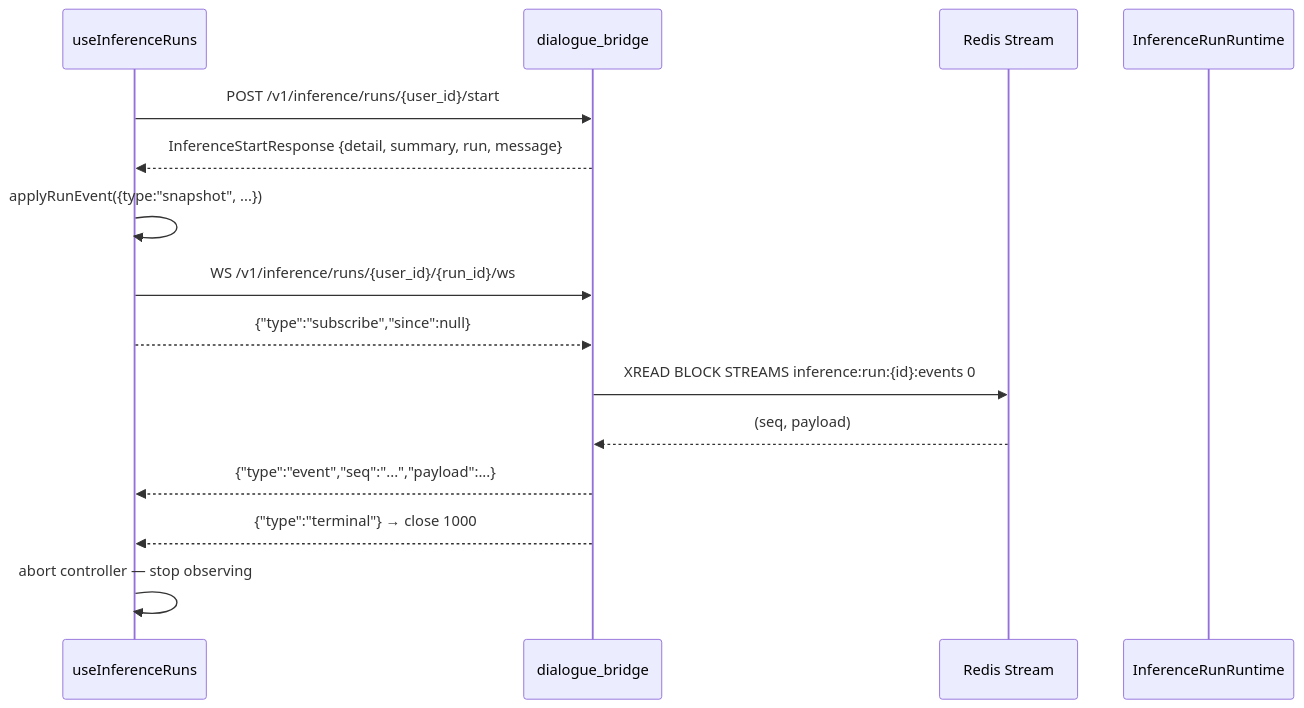
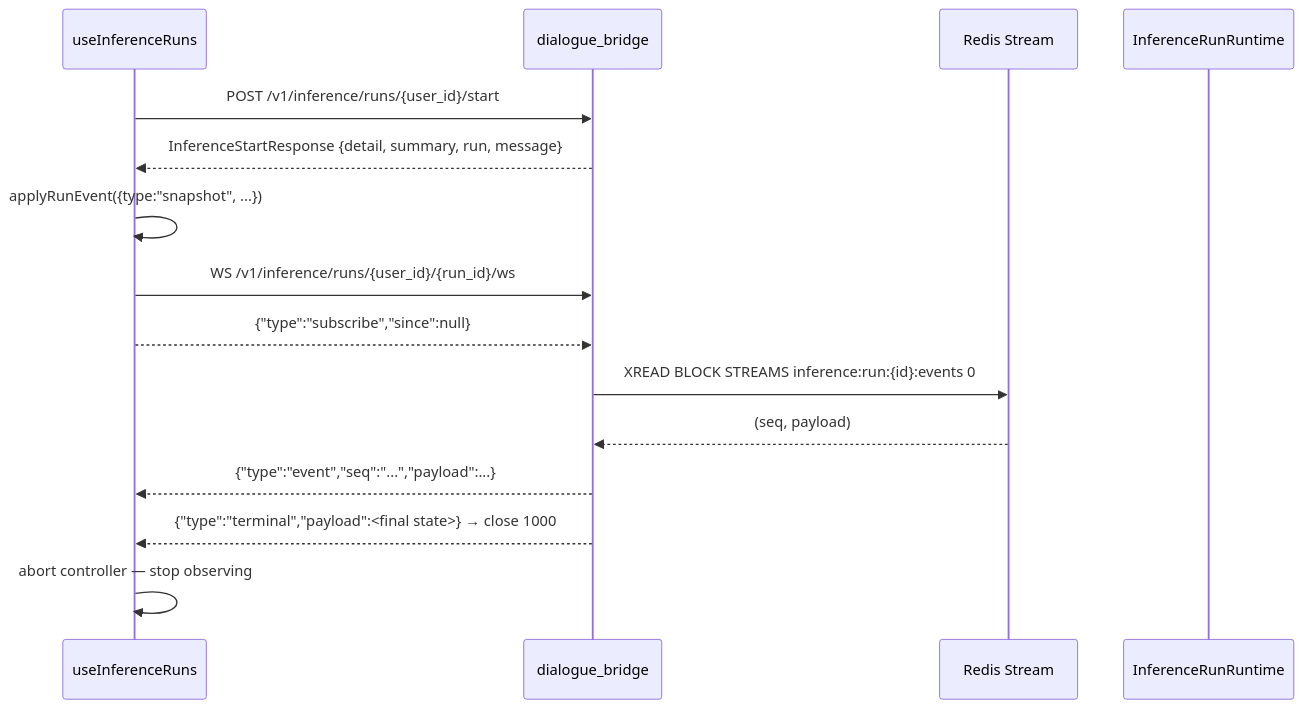
Before and after one commit to konstantinosmpouros/mAgenticX: the ninth of 9 diagrams in docs/development/agui-protocol.md, drawn with Mermaid. The commit also changed other lines of this file and 39 other files, not shown here.

Commit message:
Agent run timeline rebuild: event-log fold + interleaved CoT/content + HITL takeover

````diff
--- a/docs/development/agui-protocol.md
+++ b/docs/development/agui-protocol.md
@@ -468,18 +476,18 @@
 ```mermaid
 sequenceDiagram
     participant UI as useInferenceRuns
     participant Bridge as dialogue_bridge
     participant Redis as Redis Stream
     participant IRM as InferenceRunRuntime
 
     UI->>Bridge: POST /v1/inference/runs/{user_id}/start
     Bridge-->>UI: InferenceStartResponse {detail, summary, run, message}
     UI->>UI: applyRunEvent({type:"snapshot", ...})
     UI->>Bridge: WS /v1/inference/runs/{user_id}/{run_id}/ws
     UI-->>Bridge: {"type":"subscribe","since":null}
     Bridge->>Redis: XREAD BLOCK STREAMS inference:run:{id}:events 0
     Redis-->>Bridge: (seq, payload)
     Bridge-->>UI: {"type":"event","seq":"...","payload":...}
-    Bridge-->>UI: {"type":"terminal"} → close 1000
+    Bridge-->>UI: {"type":"terminal","payload":<final state>} → close 1000
     UI->>UI: abort controller — stop observing
 ```
````
